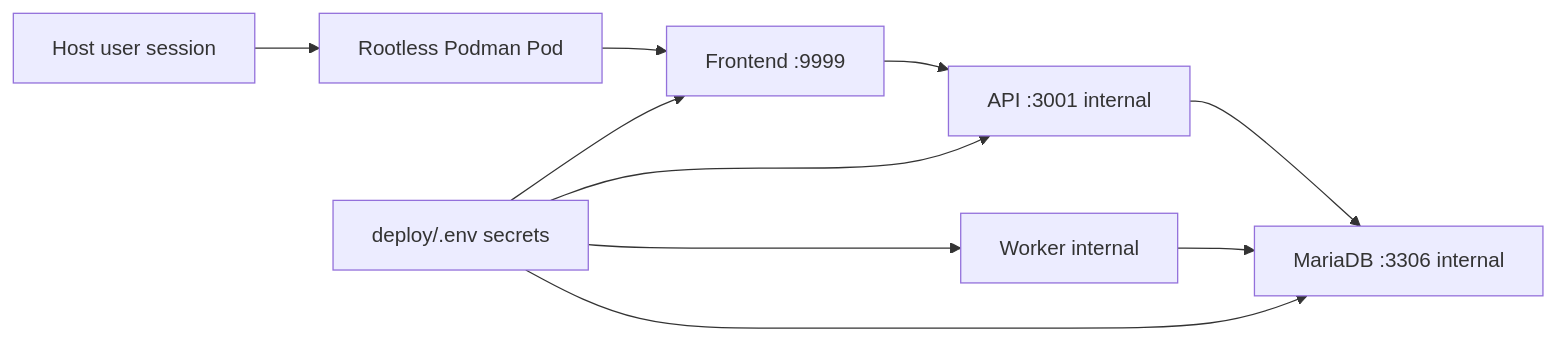
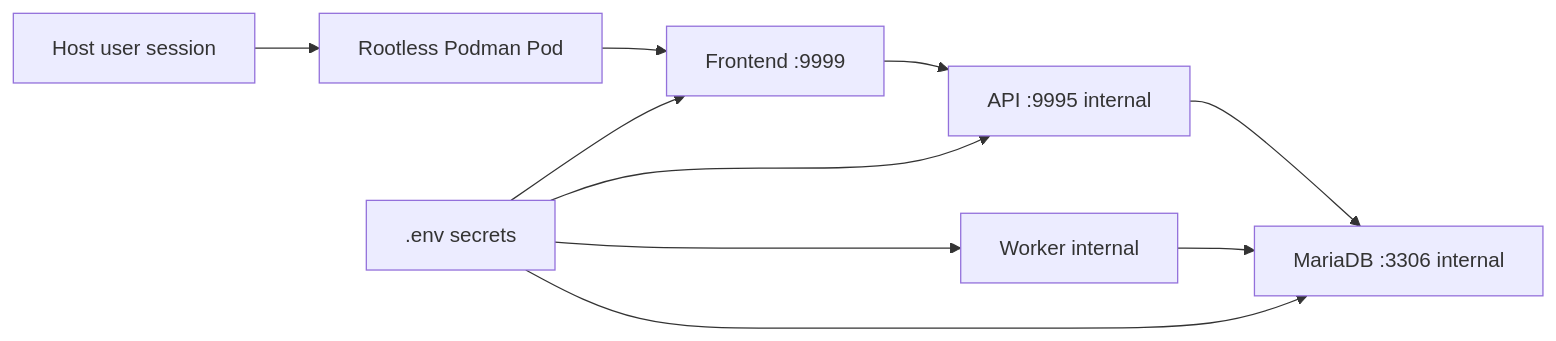
One commit to UncleJS/bePrepared changed the diagram in docs/20-deep-dive-deployment-hardening-podman-quadlet.md. Above: the diagram before and after it, drawn with Mermaid. The commit also changed other lines of this file and 2 other files, not shown here.

Commit message:
chore: update documentation for environment file paths and API port changes

````diff
--- a/docs/20-deep-dive-deployment-hardening-podman-quadlet.md
+++ b/docs/20-deep-dive-deployment-hardening-podman-quadlet.md
@@ -66,20 +66,20 @@
 ```mermaid
 flowchart LR
   H[Host user session]
   P[Rootless Podman Pod]
   FE["Frontend :9999"]
-  API["API :3001 internal"]
+  API["API :9995 internal"]
   DB["MariaDB :3306 internal"]
   W[Worker internal]
-  E[deploy/.env secrets]
+  E[.env secrets]
 
   H --> P
   P --> FE
   FE --> API
   API --> DB
   W --> DB
   E --> FE
   E --> API
   E --> W
   E --> DB
 ```
````
